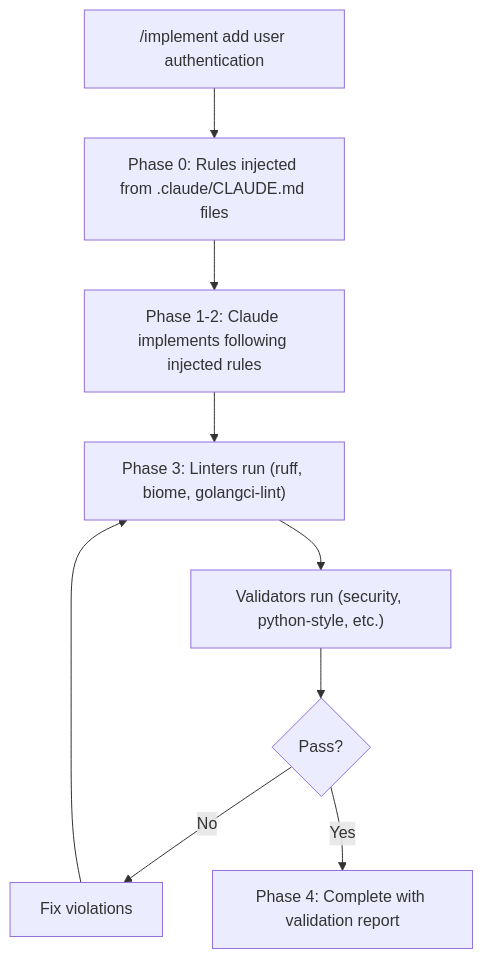
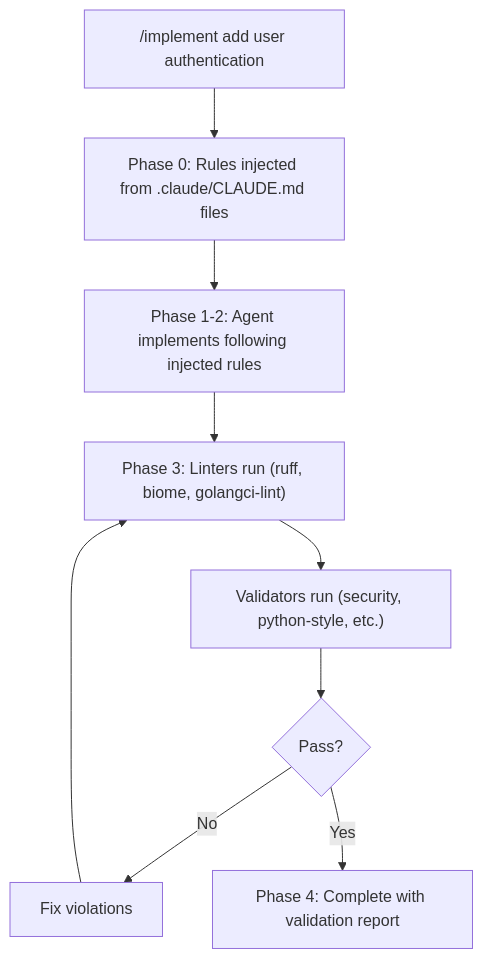
The diagram in README.md (peteski22/claude-pragma), drawn with Mermaid before and after one commit. The commit also changed other lines of this file and 11 other files, not shown here.

````diff
--- a/README.md
+++ b/README.md
@@ -9,11 +11,11 @@
 ```mermaid
 flowchart TD
     A["/implement add user authentication"] --> B["Phase 0: Rules injected from .claude/CLAUDE.md files"]
-    B --> C["Phase 1-2: Claude implements following injected rules"]
+    B --> C["Phase 1-2: Agent implements following injected rules"]
     C --> D["Phase 3: Linters run (ruff, biome, golangci-lint)"]
     D --> E["Validators run (security, python-style, etc.)"]
     E --> F{Pass?}
     F -->|No| G["Fix violations"]
     G --> D
     F -->|Yes| H["Phase 4: Complete with validation report"]
 ```
````
